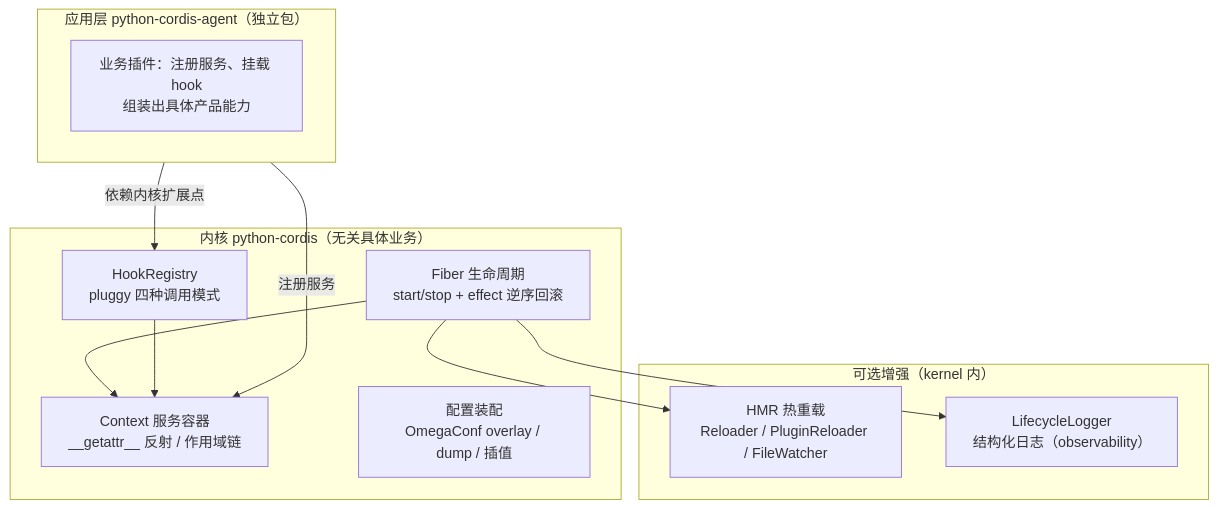
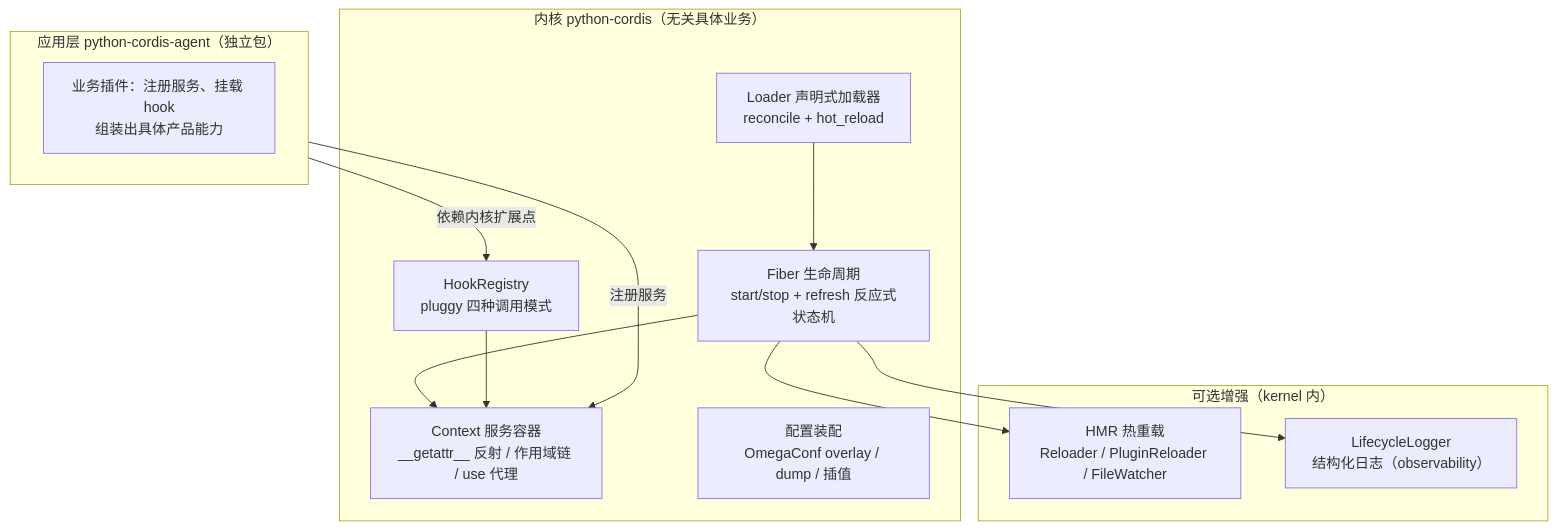
The diagram in README.md (peroxider/python-cordis), drawn with Mermaid before and after one commit. The commit also changed other lines of this file and 11 other files, not shown here.

````diff
--- a/README.md
+++ b/README.md
@@ -54,25 +65,27 @@
 ```mermaid
 flowchart TD
     subgraph Core["内核 python-cordis（无关具体业务）"]
         Hooks["HookRegistry<br/>pluggy 四种调用模式"]
-        Ctx["Context 服务容器<br/>__getattr__ 反射 / 作用域链"]
-        Fiber["Fiber 生命周期<br/>start/stop + effect 逆序回滚"]
+        Ctx["Context 服务容器<br/>__getattr__ 反射 / 作用域链 / use 代理"]
+        Fiber["Fiber 生命周期<br/>start/stop + refresh 反应式状态机"]
+        Loader["Loader 声明式加载器<br/>reconcile + hot_reload"]
         Config["配置装配<br/>OmegaConf overlay / dump / 插值"]
     end
 
     subgraph Enhance["可选增强（kernel 内）"]
         HMR["HMR 热重载<br/>Reloader / PluginReloader / FileWatcher"]
         Obs["LifecycleLogger<br/>结构化日志（observability）"]
     end
 
     subgraph App["应用层 python-cordis-agent（独立包）"]
         Biz["业务插件：注册服务、挂载 hook<br/>组装出具体产品能力"]
     end
 
     Fiber --> Ctx
+    Loader --> Fiber
     Hooks --> Ctx
     Fiber --> HMR
     Fiber --> Obs
     App -- "依赖内核扩展点" --> Hooks
     App -- "注册服务" --> Ctx
 ```
````
